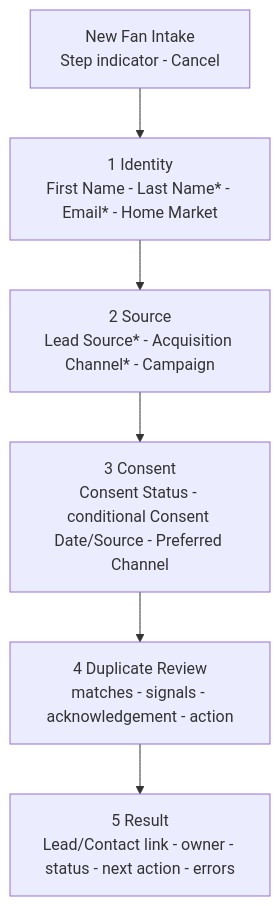
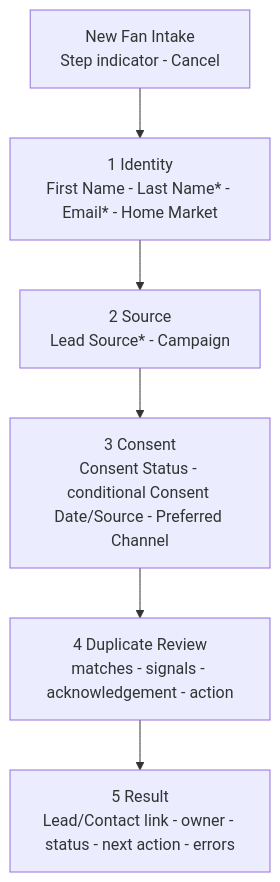
Before and after one commit to crsauer91/milehighdreamin: the second of 2 diagrams in 03-design/02-wireframes/03-new-fan-intake.md, drawn with Mermaid. The commit also changed other lines of this file, not shown here.

Commit message:
Align intake with LeadSource

````diff
--- a/03-design/02-wireframes/03-new-fan-intake.md
+++ b/03-design/02-wireframes/03-new-fan-intake.md
@@ -36,9 +36,9 @@
 ```mermaid
 flowchart TB
   H[New Fan Intake<br/>Step indicator - Cancel]
   H --> I[1 Identity<br/>First Name - Last Name* - Email* - Home Market]
-  I --> S[2 Source<br/>Lead Source* - Acquisition Channel* - Campaign]
+  I --> S[2 Source<br/>Lead Source* - Campaign]
   S --> C[3 Consent<br/>Consent Status - conditional Consent Date/Source - Preferred Channel]
   C --> D[4 Duplicate Review<br/>matches - signals - acknowledgement - action]
   D --> R[5 Result<br/>Lead/Contact link - owner - status - next action - errors]
 ```
````
